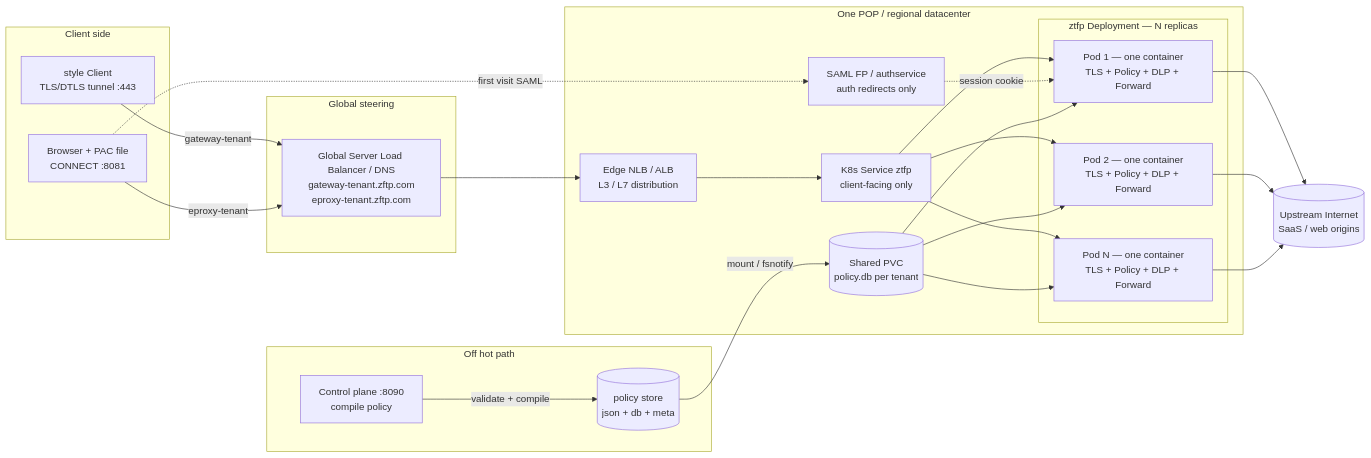
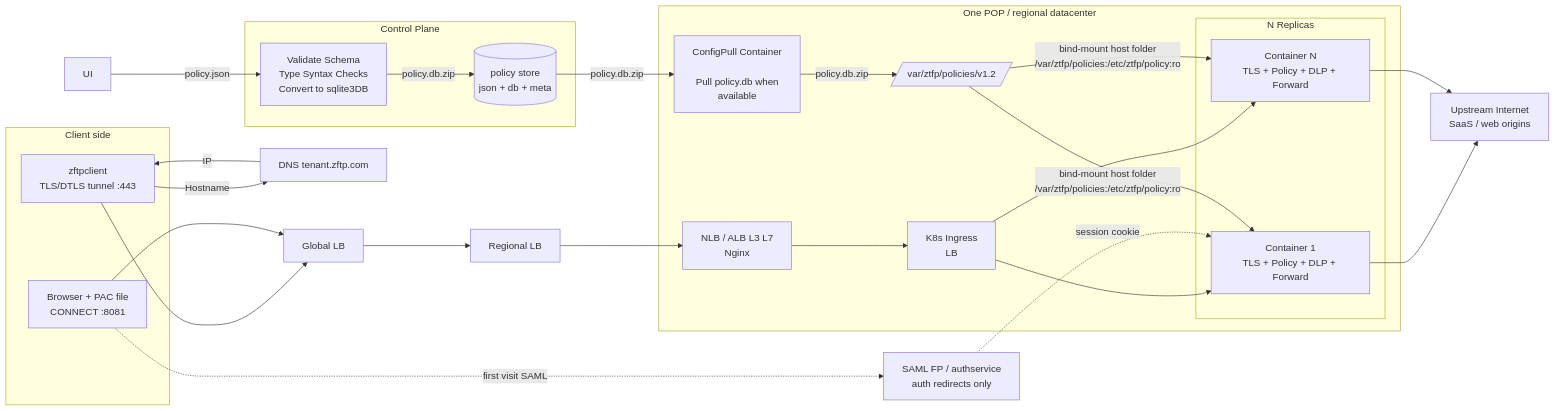
Before and after one commit to code-with-amitk/ZeroTrustForwardProxy: the first of 3 diagrams in Documentation/architecture.md, drawn with Mermaid.

Commit message:
Architecture

````diff
--- a/Documentation/architecture.md
+++ b/Documentation/architecture.md
@@ -25,52 +25,61 @@
 ```mermaid
 flowchart LR
     subgraph ClientSide [Client side]
-        NC[style Client<br/>TLS/DTLS tunnel :443]
+        NC[zftpclient<br/>TLS/DTLS tunnel :443]
         BR[Browser + PAC file<br/>CONNECT :8081]
     end
 
-    subgraph Global [Global steering]
-        GSLB[Global Server Load Balancer / DNS<br/>gateway-tenant.zftp.com<br/>eproxy-tenant.zftp.com]
+    DNS[DNS tenant.zftp.com]
+    
+    GSLB[Global LB]
+    RLB[Regional LB]
+    
+    Auth[SAML FP / authservice<br/>auth redirects only]
+    subgraph POP [One POP / regional datacenter]
+        Edge[NLB / ALB L3 L7 <br>Nginx]
+        K8sSvc[K8s Ingress<br>LB]
+
+        ConfigPull[ConfigPull Container<br><br> Pull policy.db when<br>available]
+        Dir[/var/ztfp/policies/v1.2/]
+
+        subgraph ZtfpDeploy [N Replicas]
+            P1["Container 1<br>TLS + Policy + DLP + Forward"]
+            PN["Container N<br/>TLS + Policy + DLP + Forward"]
+        end
+
     end
 
-    subgraph POP [One POP / regional datacenter]
-        Edge[Edge NLB / ALB<br/>L3 / L7 distribution]
-        K8sSvc[K8s Service ztfp<br/>client-facing only]
-        Auth[SAML FP / authservice<br/>auth redirects only]
-
-        subgraph ZtfpDeploy [ztfp Deployment — N replicas]
-            P1["Pod 1 — one container<br/>TLS + Policy + DLP + Forward"]
-            P2["Pod 2 — one container<br/>TLS + Policy + DLP + Forward"]
-            PN["Pod N — one container<br/>TLS + Policy + DLP + Forward"]
-        end
-
-        PVC[(Shared PVC<br/>policy.db per tenant)]
-    end
-
-    subgraph OffHotPath [Off hot path]
-        MP[Control plane :8090<br/>compile policy]
+    UI[UI]
+    subgraph OffHotPath [Control Plane]
+        MP[Validate Schema<br>Type Syntax Checks<br>Convert to sqlite3DB]
         CPStore[(policy store<br/>json + db + meta)]
     end
 
-    Internet[(Upstream Internet<br/>SaaS / web origins)]
+    Internet[Upstream Internet<br/>SaaS / web origins]
 
-    NC -->|gateway-tenant| GSLB
-    BR -->|eproxy-tenant| GSLB
-    GSLB --> Edge
+    NC -->|Hostname| DNS
+    DNS -->|IP| NC
+    NC --> GSLB
+    GSLB --> RLB
+    RLB --> Edge
+
+    BR --> GSLB
     Edge --> K8sSvc
     K8sSvc --> P1
-    K8sSvc --> P2
+
     K8sSvc --> PN
     BR -.->|first visit SAML| Auth
     Auth -.->|session cookie| P1
 
-    MP -->|validate + compile| CPStore
-    CPStore -->|mount / fsnotify| PVC
-    PVC --> P1
-    PVC --> P2
-    PVC --> PN
+    MP -->|policy.db.zip| CPStore
+
+    UI -->|policy.json|MP
+    CPStore-->|policy.db.zip| ConfigPull
+    ConfigPull-->|policy.db.zip|Dir
+    Dir-->|bind-mount host folder<br>/var/ztfp/policies:/etc/ztfp/policy:ro| P1
+    Dir-->|bind-mount host folder<br>/var/ztfp/policies:/etc/ztfp/policy:ro| PN
 
     P1 --> Internet
-    P2 --> Internet
+
     PN --> Internet
 ```
````
